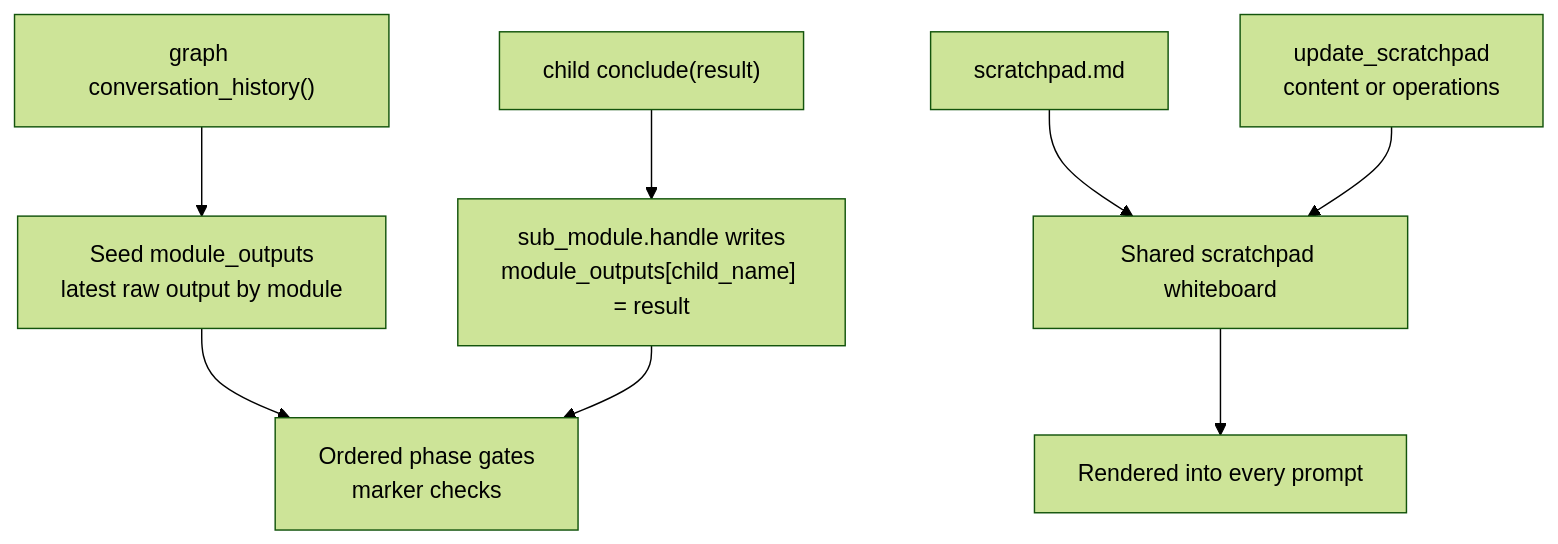
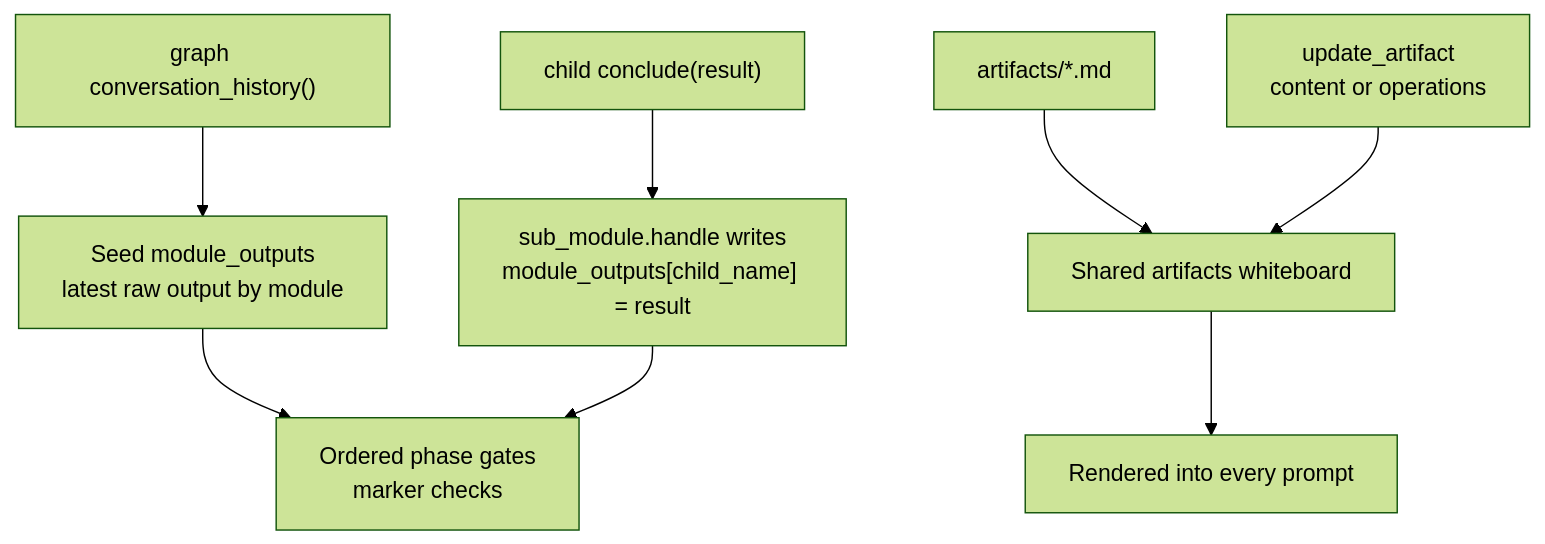
The fifth of 11 diagrams in VISUALIZATION.md (galihlprakoso/mesmer.ai), drawn with Mermaid (forest theme) before and after one commit. The commit also changed other lines of this file and 88 other files, not shown here.

````diff
--- a/VISUALIZATION.md
+++ b/VISUALIZATION.md
@@ -273,12 +273,12 @@
 ```mermaid
 flowchart TD
   GraphHistory["graph conversation_history()"] --> ModuleCache["Seed module_outputs<br/>latest raw output by module"]
   ModuleCache --> PhaseGate["Ordered phase gates<br/>marker checks"]
 
-  PersistedPad["scratchpad.md"] --> Whiteboard["Shared scratchpad whiteboard"]
-  PatchTool["update_scratchpad<br/>content or operations"] --> Whiteboard
+  PersistedPad["artifacts/*.md"] --> Whiteboard["Shared artifacts whiteboard"]
+  PatchTool["update_artifact<br/>content or operations"] --> Whiteboard
   Whiteboard --> Prompt["Rendered into every prompt"]
 
   ChildResult["child conclude(result)"] --> AutoWrite["sub_module.handle writes<br/>module_outputs[child_name] = result"]
   AutoWrite --> PhaseGate
 ```
````
